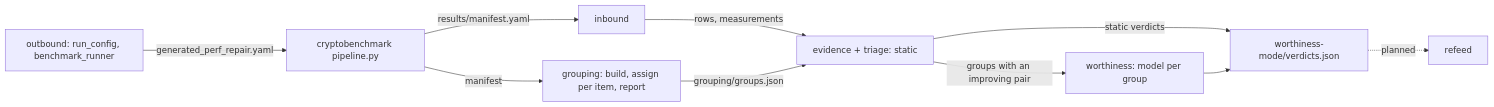
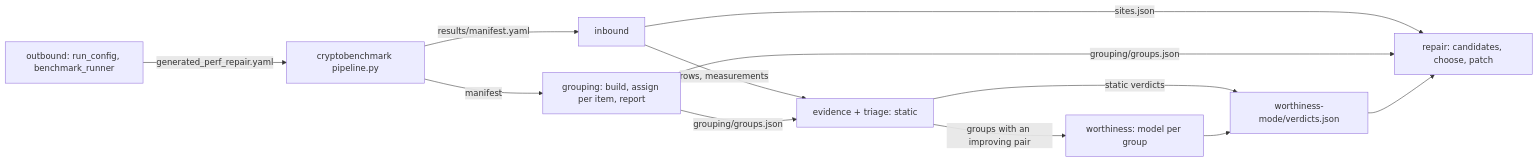
Before and after one commit to JuneKim0007/cryptobenchmark: the diagram in perf-repair/docs/pipeline.md, drawn with Mermaid. The commit also changed other lines of this file and 67 other files, not shown here.

````diff
--- a/perf-repair/docs/pipeline.md
+++ b/perf-repair/docs/pipeline.md
@@ -5,12 +5,14 @@
 ```mermaid
 flowchart LR
     O[outbound: run_config, benchmark_runner] -- generated_perf_repair.yaml --> B[cryptobenchmark pipeline.py]
     B -- results/manifest.yaml --> I[inbound]
     B -- manifest --> G[grouping: build, assign per item, report]
     I -- rows, measurements --> E[evidence + triage: static]
     G -- grouping/groups.json --> E
     E -- groups with an improving pair --> W[worthiness: model per group]
     E -- static verdicts --> V[worthiness-mode/verdicts.json]
     W --> V
-    V -. planned .-> R[refeed]
+    I -- sites.json --> R[repair: candidates, choose, patch]
+    G -- grouping/groups.json --> R
+    V --> R
 ```
````
